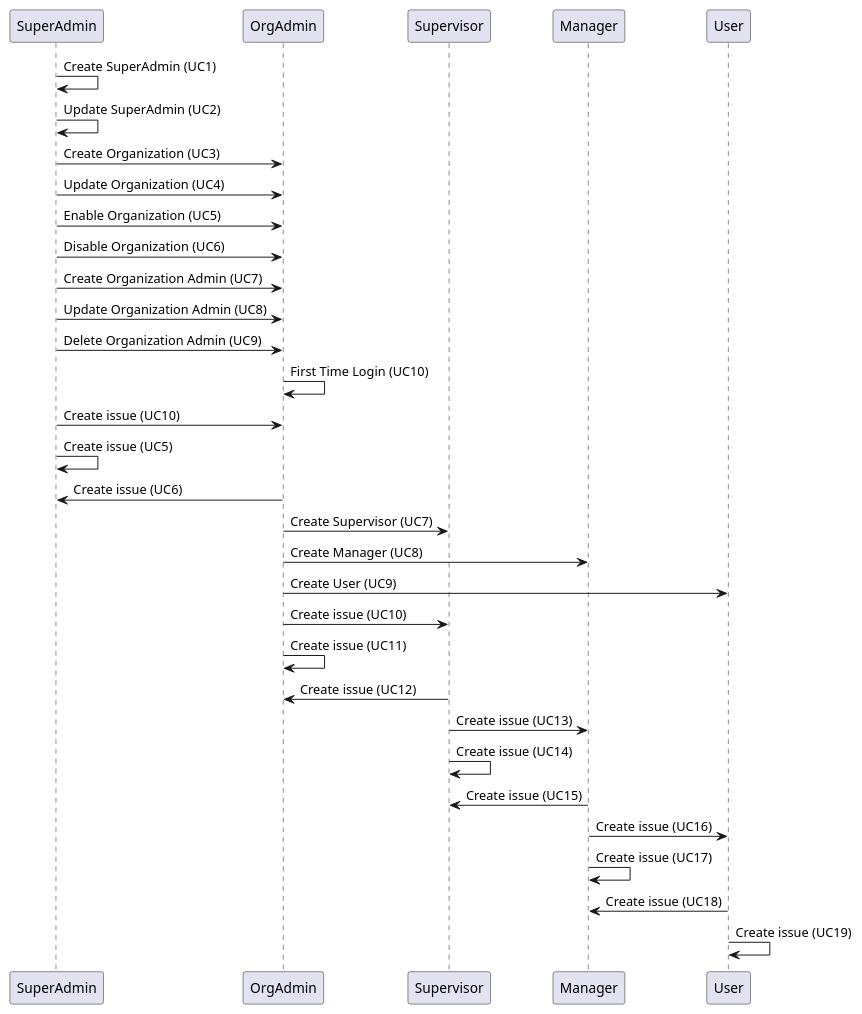
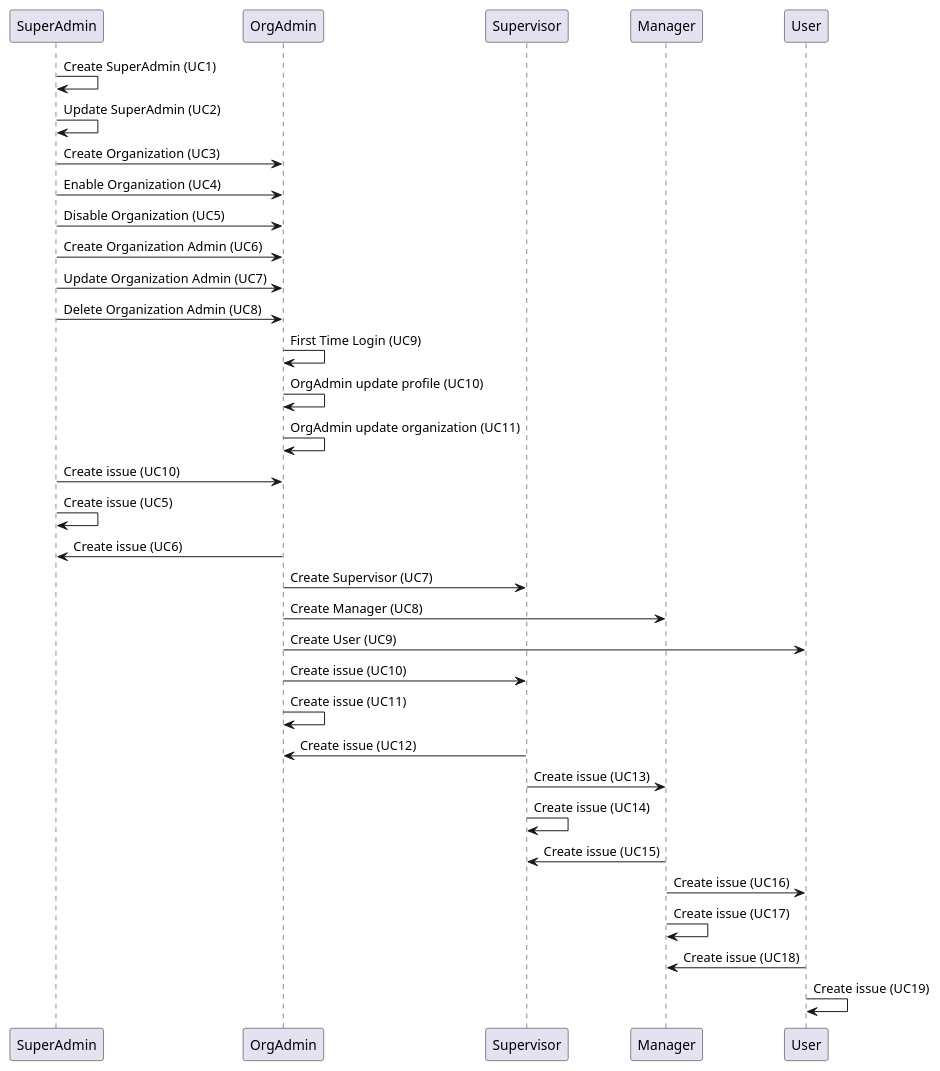
The diagram in documentation/all_usecases.wsd (wawerualbert/CodeHub), drawn with PlantUML before and after one commit. The commit also changed 2 other files, not shown here.

Commit message:
delete usecase 4

```diff
--- a/documentation/all_usecases.wsd
+++ b/documentation/all_usecases.wsd
@@ -1,47 +1,48 @@
 @startuml AllUseCases
 
 participant "SuperAdmin" as SuperAdmin
 SuperAdmin -> SuperAdmin:Create SuperAdmin (UC1)
 SuperAdmin -> SuperAdmin:Update SuperAdmin (UC2)
 
 SuperAdmin -> OrgAdmin:Create Organization (UC3)
-SuperAdmin -> OrgAdmin:Update Organization (UC4)
-SuperAdmin -> OrgAdmin:Enable Organization (UC5)
-SuperAdmin -> OrgAdmin:Disable Organization (UC6)
+SuperAdmin -> OrgAdmin:Enable Organization (UC4)
+SuperAdmin -> OrgAdmin:Disable Organization (UC5)
 
-SuperAdmin -> OrgAdmin:Create Organization Admin (UC7)
-SuperAdmin -> OrgAdmin:Update Organization Admin (UC8)
-SuperAdmin -> OrgAdmin:Delete Organization Admin (UC9)
+SuperAdmin -> OrgAdmin:Create Organization Admin (UC6)
+SuperAdmin -> OrgAdmin:Update Organization Admin (UC7)
+SuperAdmin -> OrgAdmin:Delete Organization Admin (UC8)
 
-OrgAdmin -> OrgAdmin:First Time Login (UC10)
+OrgAdmin -> OrgAdmin:First Time Login (UC9)
+OrgAdmin -> OrgAdmin:OrgAdmin update profile (UC10)
+OrgAdmin -> OrgAdmin:OrgAdmin update organization (UC11)
 
 SuperAdmin -> OrgAdmin:Create issue (UC10)
 SuperAdmin -> SuperAdmin:Create issue (UC5)
 
 OrgAdmin -> SuperAdmin:Create issue (UC6)
 
 OrgAdmin -> Supervisor:Create Supervisor (UC7)
 OrgAdmin -> Manager:Create Manager (UC8)
 OrgAdmin -> User:Create User (UC9)
 
 OrgAdmin -> Supervisor:Create issue (UC10)
 OrgAdmin -> OrgAdmin:Create issue (UC11)
 
 participant "Supervisor" as Supervisor
 Supervisor -> OrgAdmin:Create issue (UC12)
 Supervisor -> Manager:Create issue (UC13)
 Supervisor -> Supervisor:Create issue (UC14)
 
 
 participant "Manager" as Manager
 Manager -> Supervisor:Create issue (UC15)
 Manager -> User:Create issue (UC16)
 Manager -> Manager:Create issue (UC17)
 
 
 participant "User" as User
 User -> Manager:Create issue (UC18)
 User -> User:Create issue (UC19)
 
 
 @enduml
```
